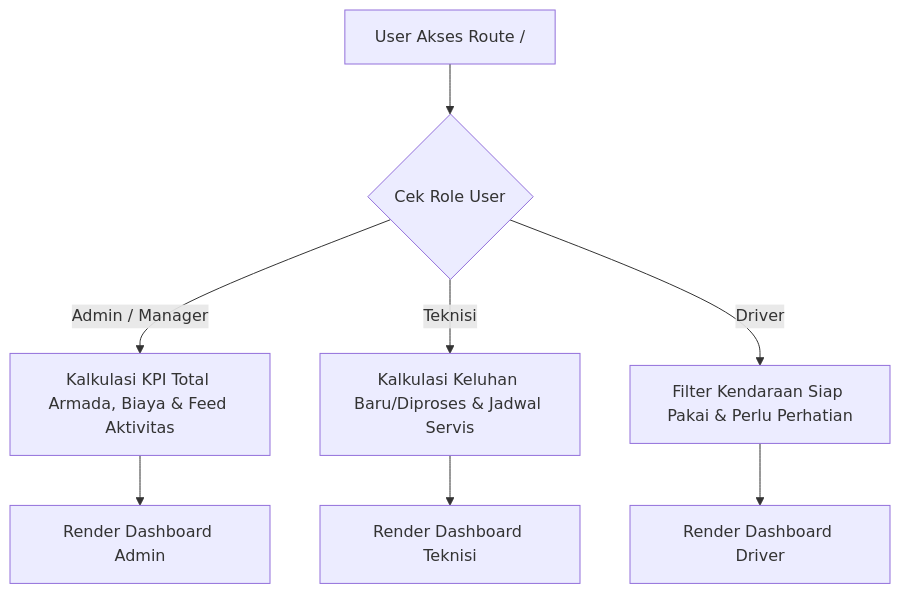
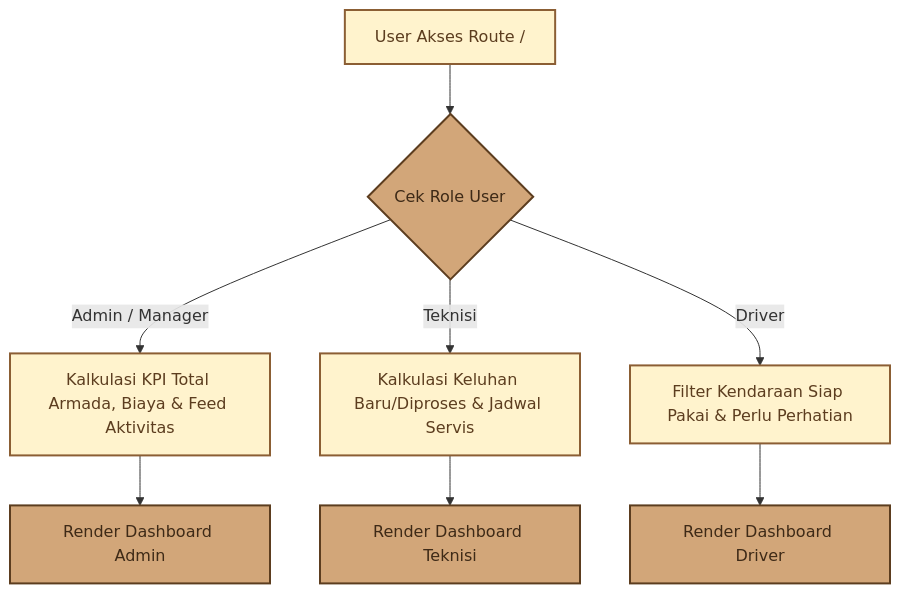
Before and after one commit to nazwasalsabila181718-droid/manajemen_perawatan: the second of 13 diagrams in docs/DOKUMENTASI_MODULE_SISTEM.md, drawn with Mermaid. The commit also changed other lines of this file, not shown here.

Commit message:
style: tambahkan tema warna kuning-coklat pada diagram mermaid

````diff
--- a/docs/DOKUMENTASI_MODULE_SISTEM.md
+++ b/docs/DOKUMENTASI_MODULE_SISTEM.md
@@ -55,10 +61,16 @@
 ```mermaid
 flowchart TD
+    classDef default fill:#FFF3CD,stroke:#8B5E34,stroke-width:2px,color:#5C3D1F;
+    classDef highlight fill:#D2A679,stroke:#5C3D1F,stroke-width:2px,color:#3E2A17;
+
     A[User Akses Route /] --> B{Cek Role User}
     B -- Admin / Manager --> C[Kalkulasi KPI Total Armada, Biaya & Feed Aktivitas]
     B -- Teknisi --> D[Kalkulasi Keluhan Baru/Diproses & Jadwal Servis]
     B -- Driver --> E[Filter Kendaraan Siap Pakai & Perlu Perhatian]
     C --> F[Render Dashboard Admin]
     D --> G[Render Dashboard Teknisi]
     E --> H[Render Dashboard Driver]
+
+    class A,C,D,E default;
+    class B,F,G,H highlight;
 ```
````
